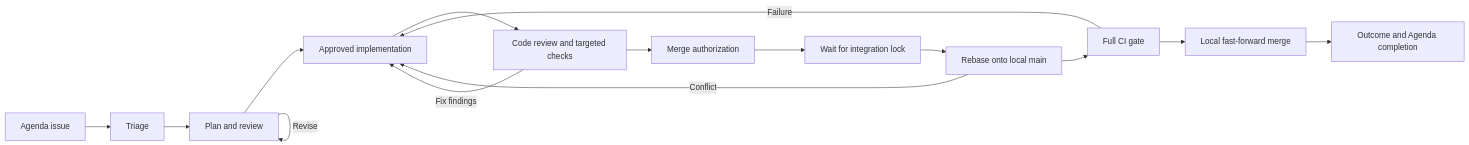
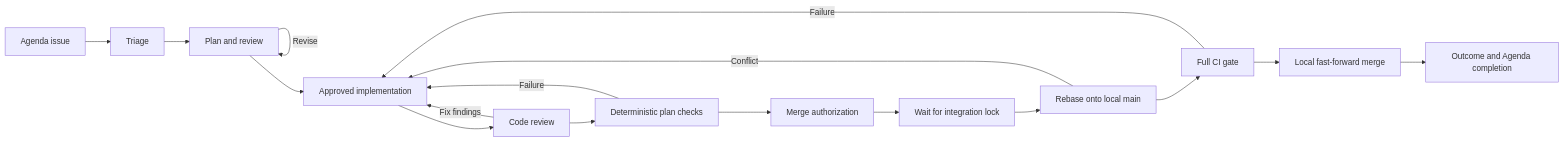
The diagram in docs/ISSUE_LIFECYCLE.md (zacharyhamm/yinz), drawn with Mermaid before and after one commit. The commit also changed other lines of this file and 15 other files, not shown here.

First line of the commit message:
Run deterministic plan checks before merge authorization

````diff
--- a/docs/ISSUE_LIFECYCLE.md
+++ b/docs/ISSUE_LIFECYCLE.md
@@ -9,17 +9,19 @@
 ```mermaid
 flowchart LR
     A[Agenda issue] --> T[Triage]
     T --> P[Plan and review]
     P --> I[Approved implementation]
-    I --> R[Code review and targeted checks]
-    R --> M[Merge authorization]
+    I --> R[Code review]
+    R --> C[Deterministic plan checks]
+    C --> M[Merge authorization]
     M --> Q[Wait for integration lock]
     Q --> B[Rebase onto local main]
     B --> V[Full CI gate]
     V --> F[Local fast-forward merge]
     F --> S[Outcome and Agenda completion]
     P -->|Revise| P
     R -->|Fix findings| I
+    C -->|Failure| I
     B -->|Conflict| I
     V -->|Failure| I
 ```
````
